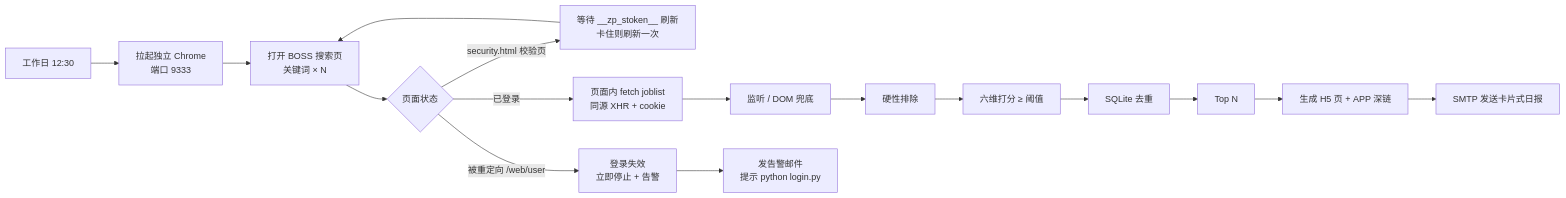
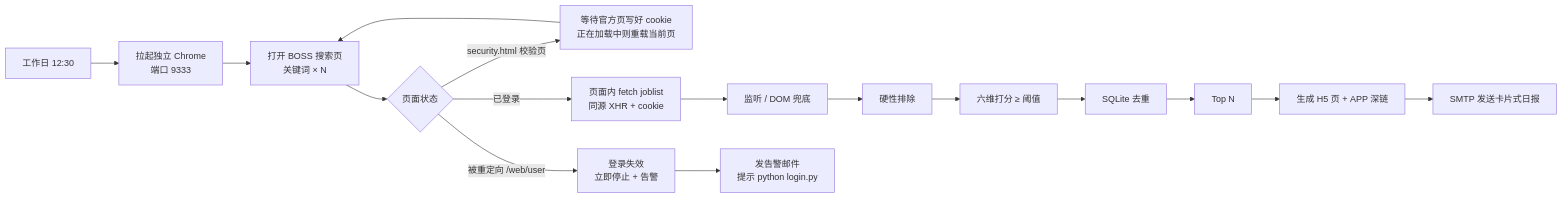
The diagram in README.md (jesse0713/job-match-radar), drawn with Mermaid before and after one commit. The commit also changed other lines of this file and 7 other files, not shown here.

````diff
--- a/README.md
+++ b/README.md
@@ -61,18 +63,18 @@
 ```mermaid
 flowchart LR
     A[工作日 12:30] --> B[拉起独立 Chrome<br/>端口 9333]
     B --> C[打开 BOSS 搜索页<br/>关键词 × N]
     C --> D{页面状态}
-    D -->|security.html 校验页| S[等待 __zp_stoken__ 刷新<br/>卡住则刷新一次]
+    D -->|security.html 校验页| S[等待官方页写好 cookie<br/>正在加载中则重载当前页]
     S --> C
     D -->|被重定向 /web/user| E[登录失效<br/>立即停止 + 告警]
     D -->|已登录| F[页面内 fetch joblist<br/>同源 XHR + cookie]
     F --> G[监听 / DOM 兜底]
     G --> H[硬性排除]
     H --> I[六维打分 ≥ 阈值]
     I --> J[SQLite 去重]
     J --> K[Top N]
     K --> L[生成 H5 页 + APP 深链]
     L --> M[SMTP 发送卡片式日报]
     E --> N[发告警邮件<br/>提示 python login.py]
 ```
````
